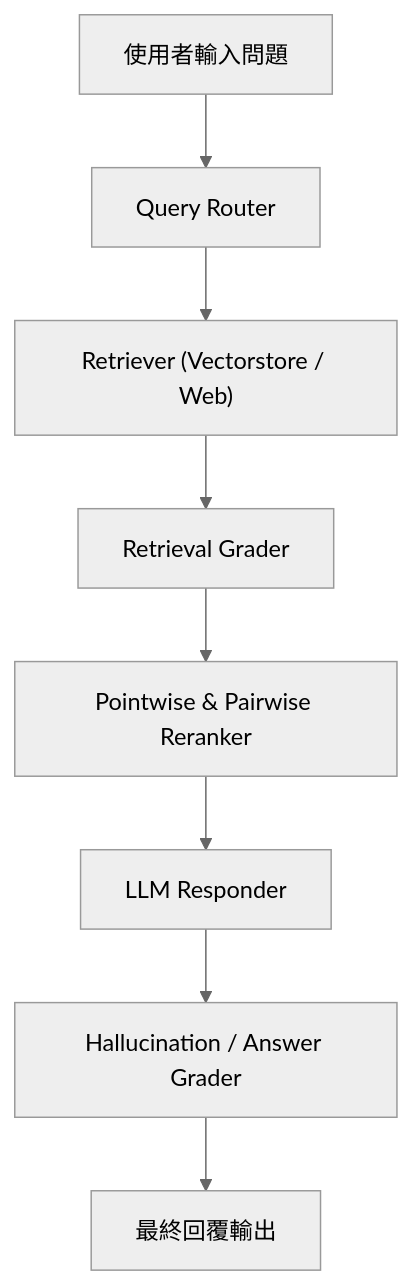
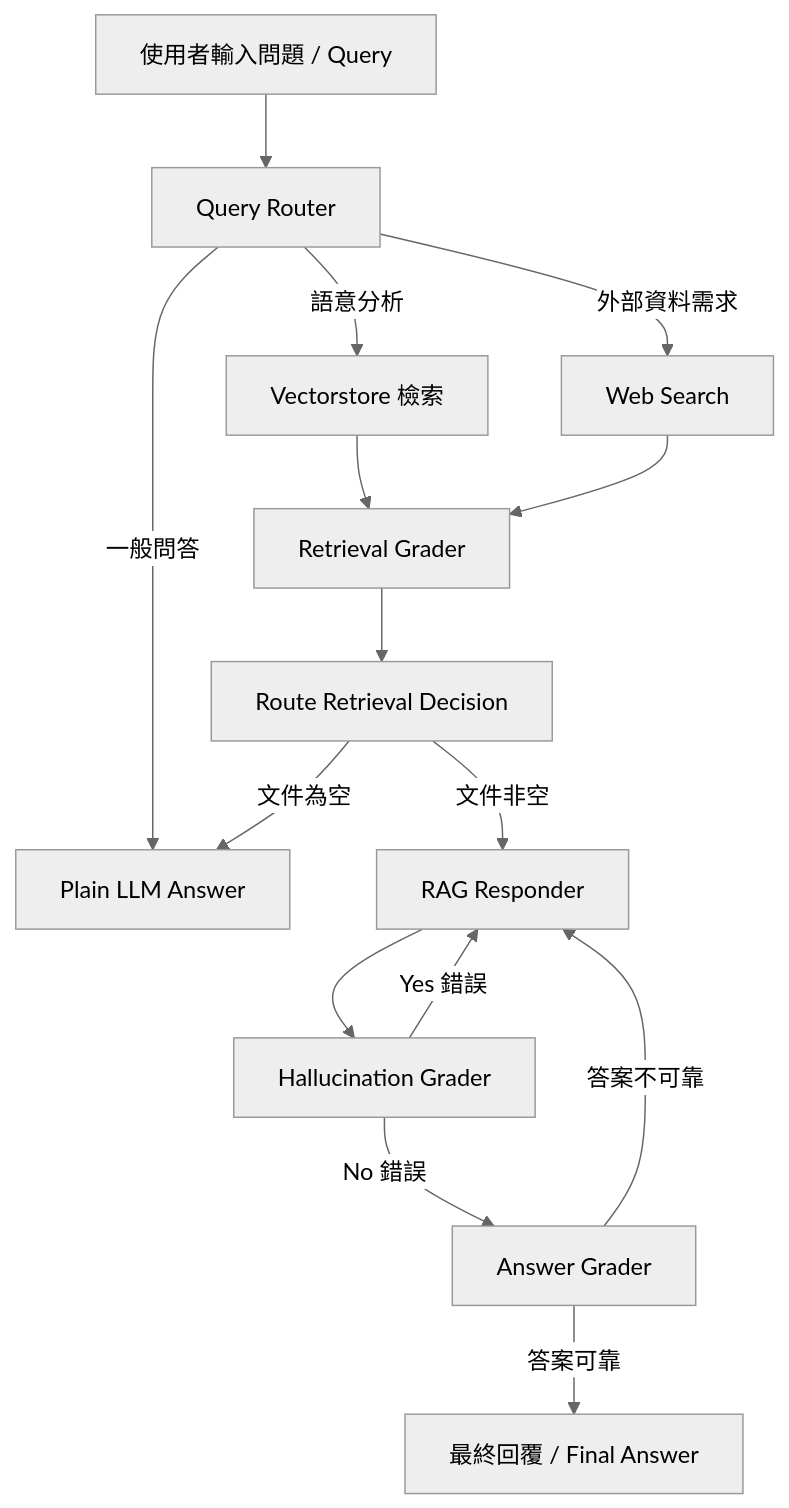
Before and after one commit to FantingHeish/Slack-based-Task-Automation-Agent: the diagram in README.md, drawn with Mermaid (neutral theme).

Commit message:
Update system architecture diagram in README

````diff
--- a/README.md
+++ b/README.md
@@ -25,10 +25,22 @@
 ```mermaid
 flowchart TD
-    A[使用者輸入問題] --> B[Query Router]
-    B --> C["Retriever (Vectorstore / Web)"]
-    C --> D[Retrieval Grader]
-    D --> E[Pointwise & Pairwise Reranker]
-    E --> F[LLM Responder]
-    F --> G[Hallucination / Answer Grader]
-    G --> H[最終回覆輸出]
+    A[使用者輸入問題 / Query] --> B[Query Router]
+    B -->|語意分析| C[Vectorstore 檢索]
+    B -->|外部資料需求| D[Web Search]
+    B -->|一般問答| E[Plain LLM Answer]
+
+    C --> F[Retrieval Grader]
+    D --> F
+    F --> G[Route Retrieval Decision]
+
+    G -->|文件非空| H[RAG Responder]
+    G -->|文件為空| E
+
+    H --> I[Hallucination Grader]
+    I -->|No 錯誤| J[Answer Grader]
+    I -->|Yes 錯誤| H
+
+    J -->|答案可靠| K[最終回覆 / Final Answer]
+    J -->|答案不可靠| H
+
 ```
````
